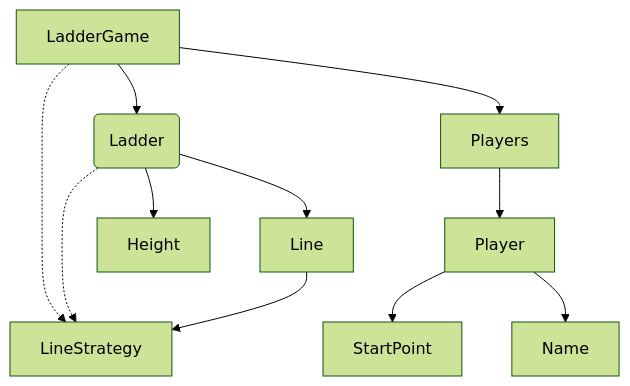
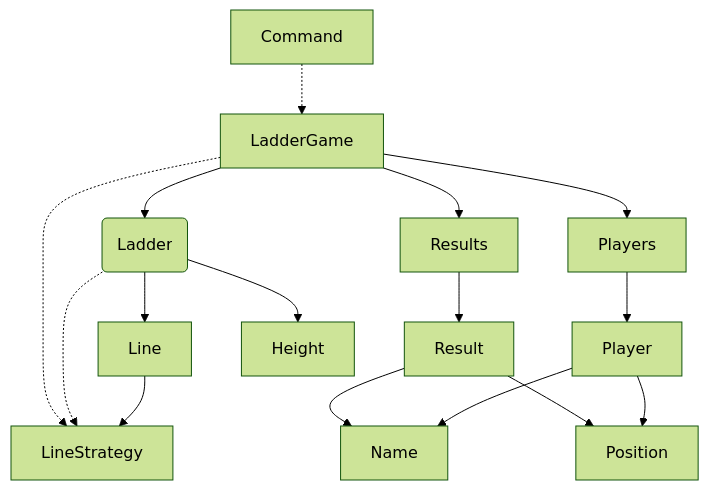
One commit to woowacourse/java-ladder changed the diagram in README.md. Above: the diagram before and after it, drawn with Mermaid (forest theme). The commit also changed other lines of this file, not shown here.

Commit message:
docs: 출력 요구사항 추가, 설계 그래프 변경

````diff
--- a/README.md
+++ b/README.md
@@ -10,13 +10,17 @@
 ```mermaid
 graph TD
+CM[Command] -.-> A
 A[LadderGame] --> B(Ladder)
+A --> RS[Results] --> R[Result]
+R --> N
+R --> S
 B --> C[Line]
 D[Players] --> P[Player]
-P --> S[StartPoint]
+P --> S[Position]
 P --> N[Name]
 B --> H[Height]
 A -.-> LS[LineStrategy]
 A --> D
 B -.-> LS
 C --> LS
 ```
````
